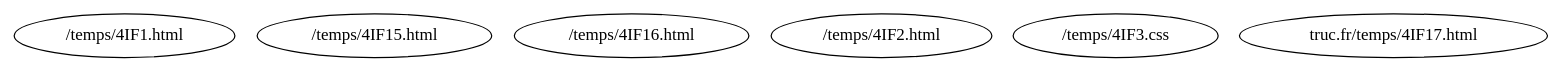
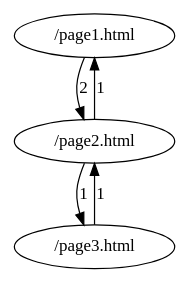
The diagram in TP2/src/t.dot (SoPlump/POO2), drawn with Graphviz before and after one commit. The commit also changed 1 other file, not shown here.

```diff
--- a/TP2/src/t.dot
+++ b/TP2/src/t.dot
@@ -1,8 +1,9 @@
 digraph {
-	node0 [label="/temps/4IF1.html"];
-	node3 [label="/temps/4IF15.html"];
-	node5 [label="/temps/4IF16.html"];
-	node2 [label="/temps/4IF2.html"];
-	node4 [label="/temps/4IF3.css"];
-	node1 [label="truc.fr/temps/4IF17.html"];
+	node1 [label="/page1.html"];
+	node0 [label="/page2.html"];
+	node2 [label="/page3.html"];
+	node0 -> node1 [label="1"];
+	node1 -> node0 [label="2"];
+	node2 -> node0 [label="1"];
+	node0 -> node2 [label="1"];
 }
```
